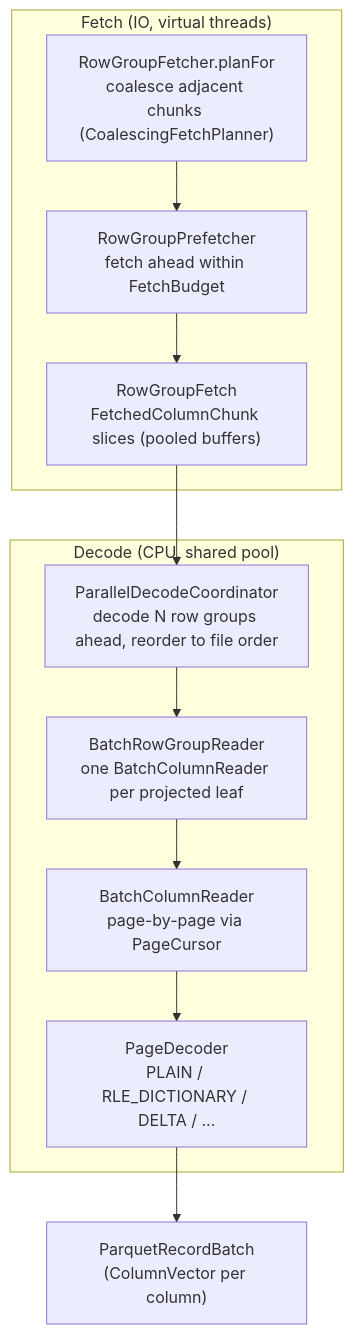
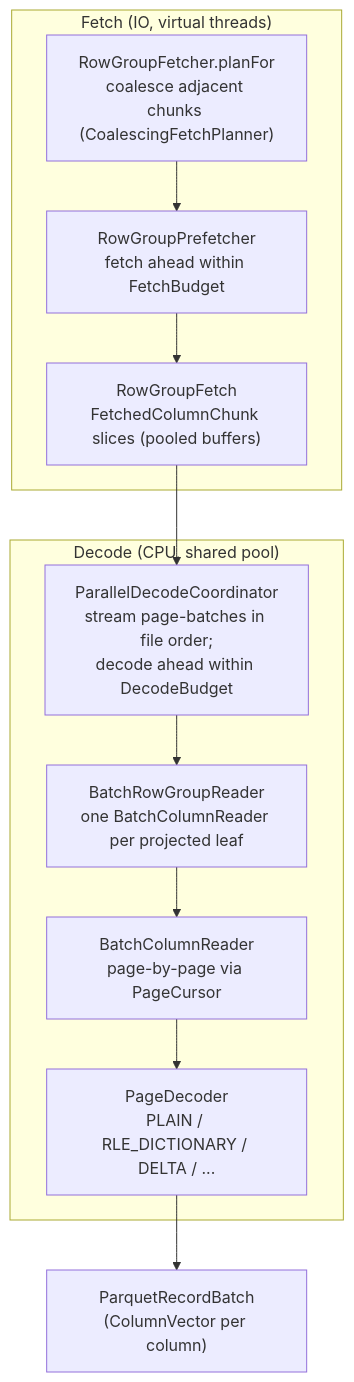
The fifth of 7 diagrams in docs/read-path.md (tileverse-io/parquetry), drawn with Mermaid before and after one commit. The commit also changed other lines of this file and 47 other files, not shown here.

First line of the commit message:
add streaming page-batch decode with a heap decode budget

````diff
--- a/docs/read-path.md
+++ b/docs/read-path.md
@@ -201,20 +202,20 @@
 ```mermaid
 flowchart TD
     subgraph fetchsub["Fetch (IO, virtual threads)"]
         plan["RowGroupFetcher.planFor<br/>coalesce adjacent chunks (CoalescingFetchPlanner)"]
         pref["RowGroupPrefetcher<br/>fetch ahead within FetchBudget"]
         fetched["RowGroupFetch<br/>FetchedColumnChunk slices (pooled buffers)"]
         plan --> pref --> fetched
     end
 
     subgraph decsub["Decode (CPU, shared pool)"]
-        coord["ParallelDecodeCoordinator<br/>decode N row groups ahead, reorder to file order"]
+        coord["ParallelDecodeCoordinator<br/>stream page-batches in file order;<br/>decode ahead within DecodeBudget"]
         rg["BatchRowGroupReader<br/>one BatchColumnReader per projected leaf"]
         col["BatchColumnReader<br/>page-by-page via PageCursor"]
         page["PageDecoder<br/>PLAIN / RLE_DICTIONARY / DELTA / ..."]
         coord --> rg --> col --> page
     end
 
     fetched --> coord
     page --> batch["ParquetRecordBatch<br/>(ColumnVector per column)"]
 ```
````
